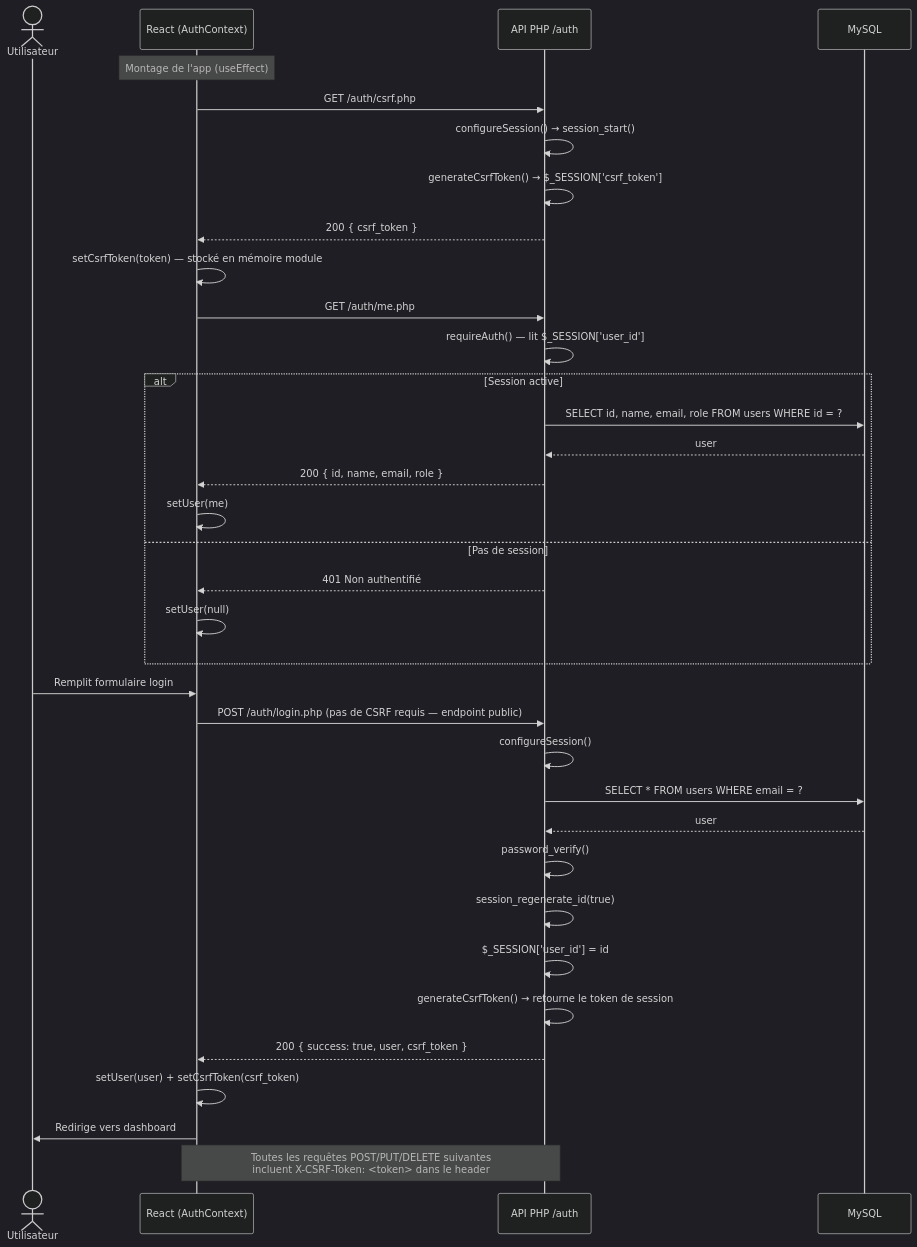
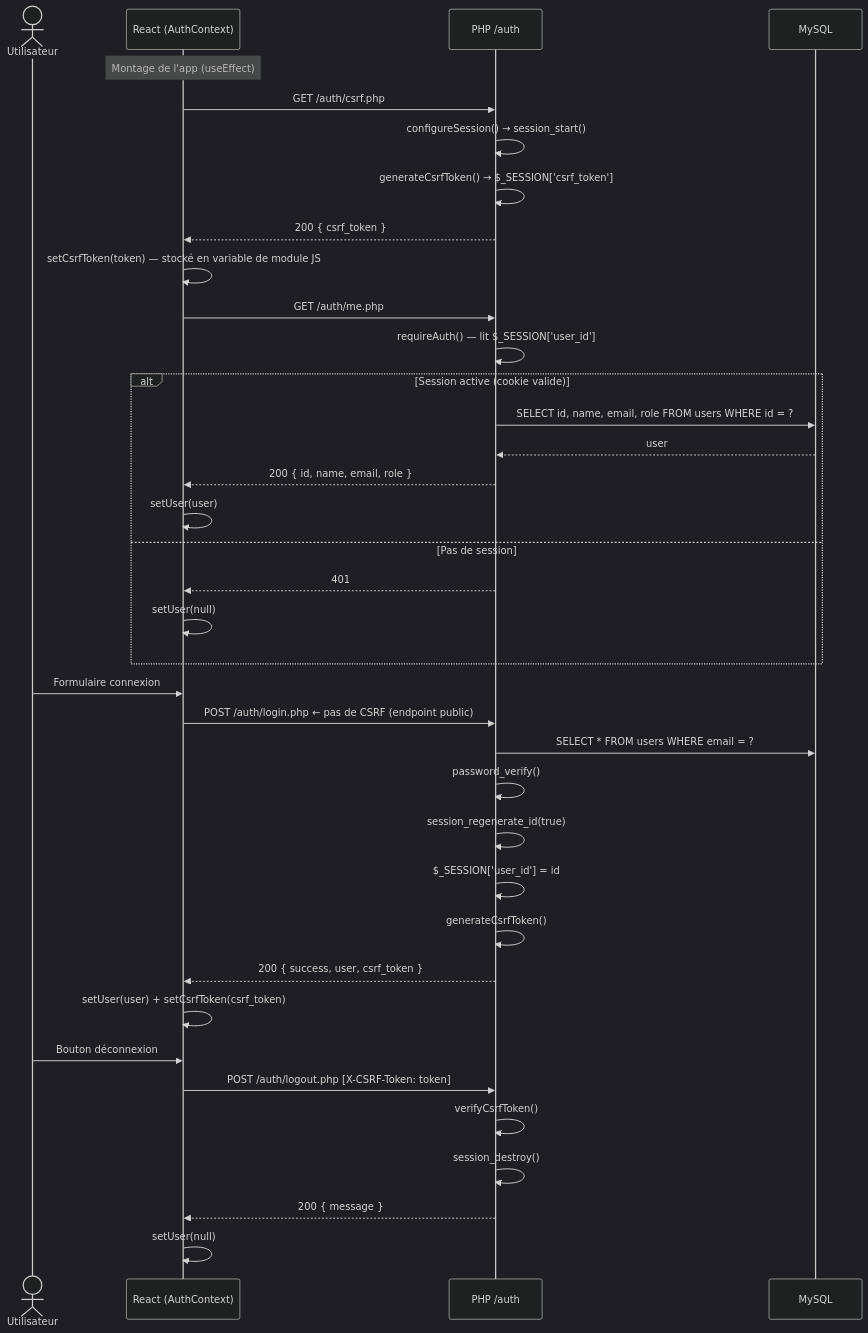
One commit to zendarc147/Mercato-Nova changed the third of 9 diagrams in docs/architecture.md. Above: the diagram before and after it, drawn with Mermaid (dark theme). The commit also changed other lines of this file, not shown here.

Commit message:
docs: refonte complète architecture — couvre tout le projet (Astrid, Lily, Agnes, Max)

````diff
--- a/docs/architecture.md
+++ b/docs/architecture.md
@@ -83,42 +106,44 @@
 ```mermaid
 sequenceDiagram
     actor U as Utilisateur
     participant F as React (AuthContext)
-    participant A as API PHP /auth
+    participant A as PHP /auth
     participant DB as MySQL
 
     Note over F: Montage de l'app (useEffect)
 
     F->>A: GET /auth/csrf.php
     A->>A: configureSession() → session_start()
     A->>A: generateCsrfToken() → $_SESSION['csrf_token']
     A-->>F: 200 { csrf_token }
-    F->>F: setCsrfToken(token) — stocké en mémoire module
+    F->>F: setCsrfToken(token) — stocké en variable de module JS
 
     F->>A: GET /auth/me.php
     A->>A: requireAuth() — lit $_SESSION['user_id']
-    alt Session active
+    alt Session active (cookie valide)
         A->>DB: SELECT id, name, email, role FROM users WHERE id = ?
         DB-->>A: user
         A-->>F: 200 { id, name, email, role }
-        F->>F: setUser(me)
+        F->>F: setUser(user)
     else Pas de session
-        A-->>F: 401 Non authentifié
+        A-->>F: 401
         F->>F: setUser(null)
     end
 
-    U->>F: Remplit formulaire login
-    F->>A: POST /auth/login.php (pas de CSRF requis — endpoint public)
-    A->>A: configureSession()
+    U->>F: Formulaire connexion
+    F->>A: POST /auth/login.php  ← pas de CSRF (endpoint public)
     A->>DB: SELECT * FROM users WHERE email = ?
-    DB-->>A: user
     A->>A: password_verify()
     A->>A: session_regenerate_id(true)
     A->>A: $_SESSION['user_id'] = id
-    A->>A: generateCsrfToken() → retourne le token de session
-    A-->>F: 200 { success: true, user, csrf_token }
+    A->>A: generateCsrfToken()
+    A-->>F: 200 { success, user, csrf_token }
     F->>F: setUser(user) + setCsrfToken(csrf_token)
-    F->>U: Redirige vers dashboard
 
-    Note over F,A: Toutes les requêtes POST/PUT/DELETE suivantes<br/>incluent X-CSRF-Token: <token> dans le header
+    U->>F: Bouton déconnexion
+    F->>A: POST /auth/logout.php  [X-CSRF-Token: token]
+    A->>A: verifyCsrfToken()
+    A->>A: session_destroy()
+    A-->>F: 200 { message }
+    F->>F: setUser(null)
 ```
````
